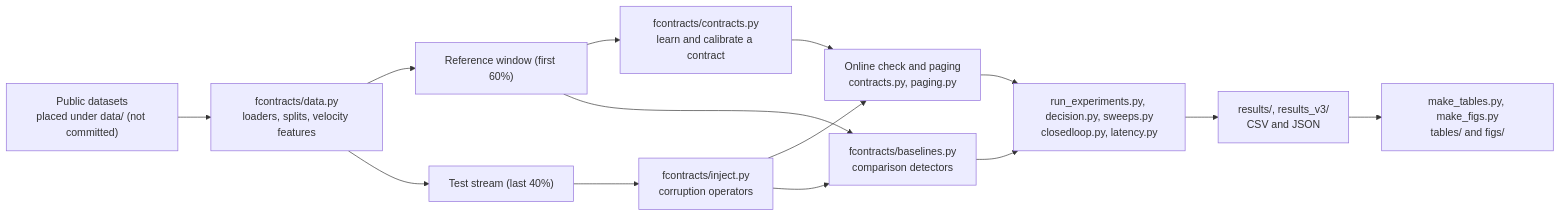
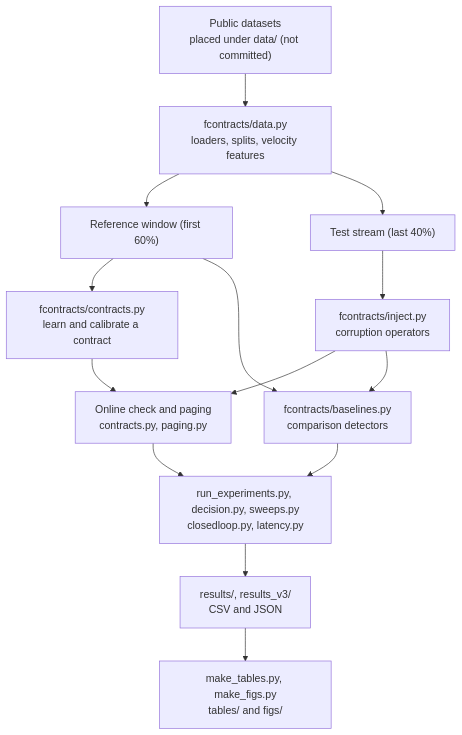
One commit to RishabhPande/feature-contracts changed the diagram in README.md. Above: the diagram before and after it, drawn with Mermaid.

Commit message:
Workflow diagram: top-to-bottom layout for legibility

````diff
--- a/README.md
+++ b/README.md
@@ -12,16 +12,16 @@
 ```mermaid
-flowchart LR
+flowchart TB
     D["Public datasets<br/>placed under data/ (not committed)"] --> L["fcontracts/data.py<br/>loaders, splits, velocity features"]
     L --> R["Reference window (first 60%)"]
     L --> T["Test stream (last 40%)"]
     R --> C["fcontracts/contracts.py<br/>learn and calibrate a contract"]
     T --> I["fcontracts/inject.py<br/>corruption operators"]
     I --> K["Online check and paging<br/>contracts.py, paging.py"]
     C --> K
     I --> B["fcontracts/baselines.py<br/>comparison detectors"]
     R --> B
     K --> E["run_experiments.py, decision.py, sweeps.py<br/>closedloop.py, latency.py"]
     B --> E
     E --> O["results/, results_v3/<br/>CSV and JSON"]
     O --> F["make_tables.py, make_figs.py<br/>tables/ and figs/"]
 ```
````
